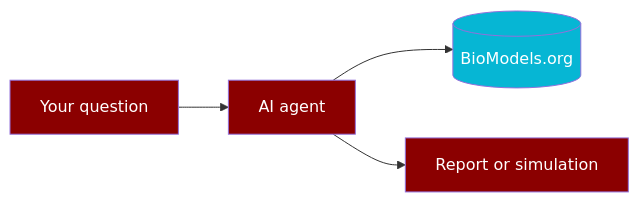
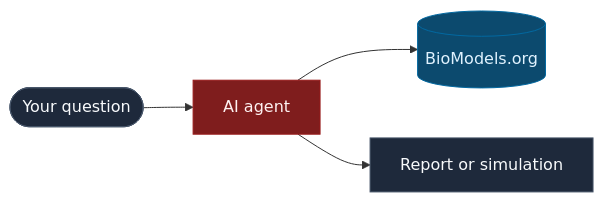
Before and after one commit to MervinPraison/PraisonAIBio: the diagram in docs/index.md, drawn with Mermaid. The commit also changed other lines of this file and 2 other files, not shown here.

````diff
--- a/docs/index.md
+++ b/docs/index.md
@@ -81,11 +89,11 @@
 ```mermaid
-graph LR
-    Q[Your question] --> A[AI agent]
-    A --> B[(BioModels.org)]
-    A --> R[Report or simulation]
+flowchart LR
+    Q(["Your question"]) --> A["AI agent"]
+    A --> B[("BioModels.org")]
+    A --> R["Report or simulation"]
 
-    classDef agent fill:#8B0000,color:#fff
-    classDef tool fill:#06b6d4,color:#fff
-    class Q,A,R agent
-    class B tool
+    style Q fill:#1e293b,stroke:#475569,color:#f8fafc
+    style A fill:#7f1d1d,stroke:#991b1b,color:#fef2f2
+    style R fill:#1e293b,stroke:#475569,color:#f8fafc
+    style B fill:#0c4a6e,stroke:#0369a1,color:#e0f2fe
 ```
````
